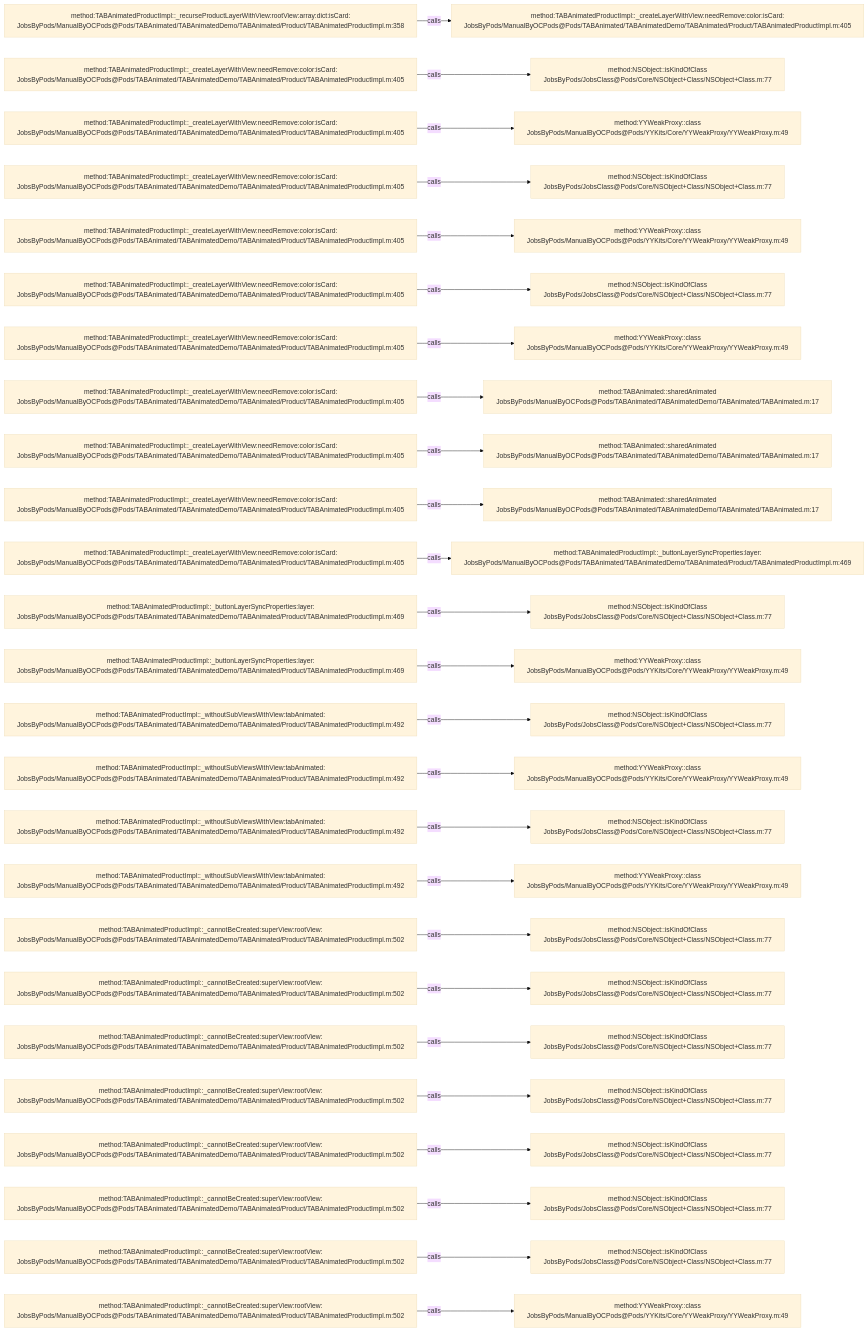
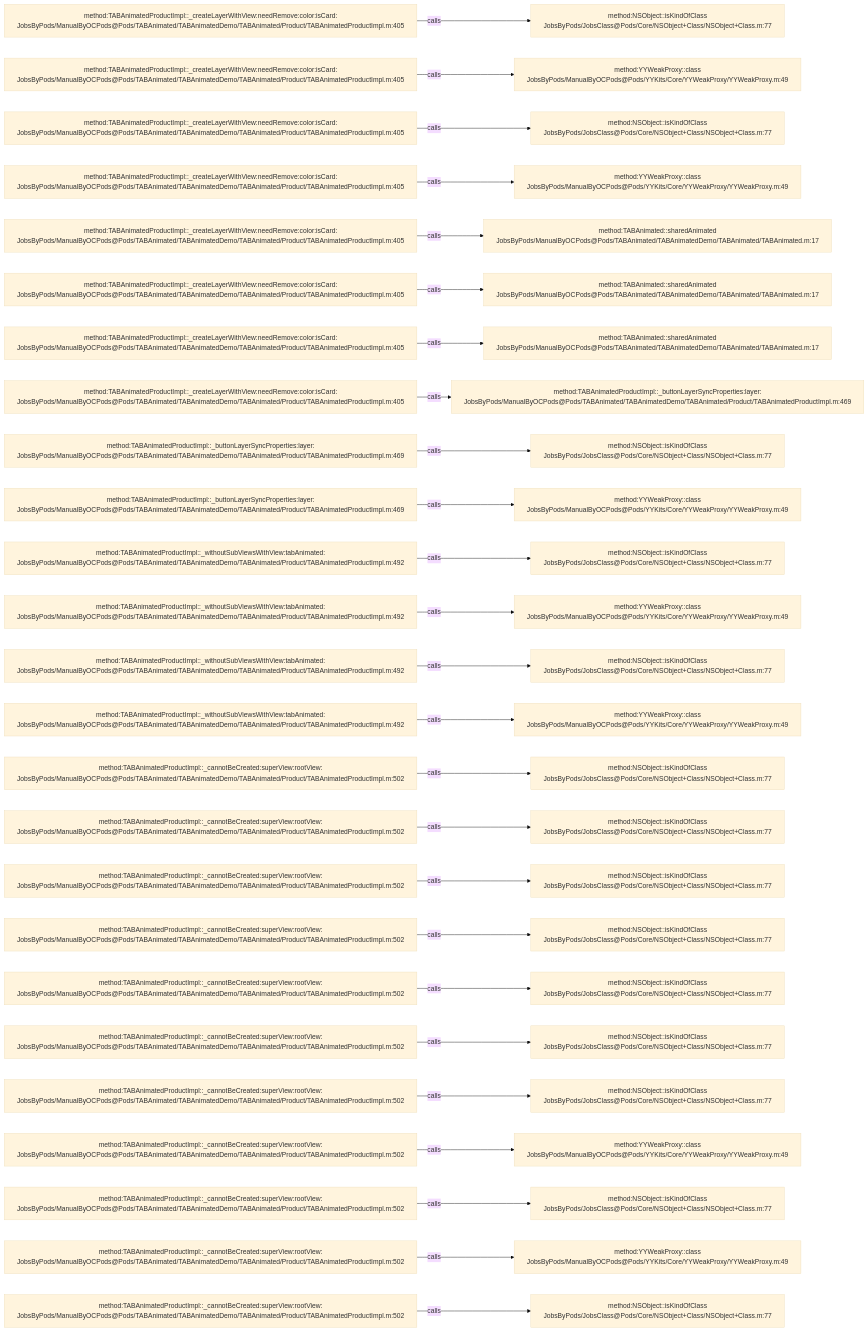
Before and after one commit to JobsKits/JobsOCBaseConfigDemo: the diagram in .codegraph/codegraph.md/graphs/calls-038.md, drawn with Mermaid (base theme). The commit also changed 342 other files, not shown here.

````diff
--- a/.codegraph/codegraph.md/graphs/calls-038.md
+++ b/.codegraph/codegraph.md/graphs/calls-038.md
@@ -13,78 +13,78 @@
 ```mermaid
 flowchart LR
-  S1["method:TABAnimatedProductImpl::_recurseProductLayerWithView:rootView:array:dict:isCard:<br/>JobsByPods/ManualByOCPods@Pods/TABAnimated/TABAnimatedDemo/TABAnimated/Product/TABAnimatedProductImpl.m:358"]
-  T1["method:TABAnimatedProductImpl::_createLayerWithView:needRemove:color:isCard:<br/>JobsByPods/ManualByOCPods@Pods/TABAnimated/TABAnimatedDemo/TABAnimated/Product/TABAnimatedProductImpl.m:405"]
+  S1["method:TABAnimatedProductImpl::_createLayerWithView:needRemove:color:isCard:<br/>JobsByPods/ManualByOCPods@Pods/TABAnimated/TABAnimatedDemo/TABAnimated/Product/TABAnimatedProductImpl.m:405"]
+  T1["method:NSObject::isKindOfClass<br/>JobsByPods/JobsClass@Pods/Core/NSObject+Class/NSObject+Class.m:77"]
   S1 -->|calls| T1
   S2["method:TABAnimatedProductImpl::_createLayerWithView:needRemove:color:isCard:<br/>JobsByPods/ManualByOCPods@Pods/TABAnimated/TABAnimatedDemo/TABAnimated/Product/TABAnimatedProductImpl.m:405"]
-  T2["method:NSObject::isKindOfClass<br/>JobsByPods/JobsClass@Pods/Core/NSObject+Class/NSObject+Class.m:77"]
+  T2["method:YYWeakProxy::class<br/>JobsByPods/ManualByOCPods@Pods/YYKits/Core/YYWeakProxy/YYWeakProxy.m:49"]
   S2 -->|calls| T2
   S3["method:TABAnimatedProductImpl::_createLayerWithView:needRemove:color:isCard:<br/>JobsByPods/ManualByOCPods@Pods/TABAnimated/TABAnimatedDemo/TABAnimated/Product/TABAnimatedProductImpl.m:405"]
-  T3["method:YYWeakProxy::class<br/>JobsByPods/ManualByOCPods@Pods/YYKits/Core/YYWeakProxy/YYWeakProxy.m:49"]
+  T3["method:NSObject::isKindOfClass<br/>JobsByPods/JobsClass@Pods/Core/NSObject+Class/NSObject+Class.m:77"]
   S3 -->|calls| T3
   S4["method:TABAnimatedProductImpl::_createLayerWithView:needRemove:color:isCard:<br/>JobsByPods/ManualByOCPods@Pods/TABAnimated/TABAnimatedDemo/TABAnimated/Product/TABAnimatedProductImpl.m:405"]
-  T4["method:NSObject::isKindOfClass<br/>JobsByPods/JobsClass@Pods/Core/NSObject+Class/NSObject+Class.m:77"]
+  T4["method:YYWeakProxy::class<br/>JobsByPods/ManualByOCPods@Pods/YYKits/Core/YYWeakProxy/YYWeakProxy.m:49"]
   S4 -->|calls| T4
   S5["method:TABAnimatedProductImpl::_createLayerWithView:needRemove:color:isCard:<br/>JobsByPods/ManualByOCPods@Pods/TABAnimated/TABAnimatedDemo/TABAnimated/Product/TABAnimatedProductImpl.m:405"]
-  T5["method:YYWeakProxy::class<br/>JobsByPods/ManualByOCPods@Pods/YYKits/Core/YYWeakProxy/YYWeakProxy.m:49"]
+  T5["method:TABAnimated::sharedAnimated<br/>JobsByPods/ManualByOCPods@Pods/TABAnimated/TABAnimatedDemo/TABAnimated/TABAnimated.m:17"]
   S5 -->|calls| T5
   S6["method:TABAnimatedProductImpl::_createLayerWithView:needRemove:color:isCard:<br/>JobsByPods/ManualByOCPods@Pods/TABAnimated/TABAnimatedDemo/TABAnimated/Product/TABAnimatedProductImpl.m:405"]
-  T6["method:NSObject::isKindOfClass<br/>JobsByPods/JobsClass@Pods/Core/NSObject+Class/NSObject+Class.m:77"]
+  T6["method:TABAnimated::sharedAnimated<br/>JobsByPods/ManualByOCPods@Pods/TABAnimated/TABAnimatedDemo/TABAnimated/TABAnimated.m:17"]
   S6 -->|calls| T6
   S7["method:TABAnimatedProductImpl::_createLayerWithView:needRemove:color:isCard:<br/>JobsByPods/ManualByOCPods@Pods/TABAnimated/TABAnimatedDemo/TABAnimated/Product/TABAnimatedProductImpl.m:405"]
-  T7["method:YYWeakProxy::class<br/>JobsByPods/ManualByOCPods@Pods/YYKits/Core/YYWeakProxy/YYWeakProxy.m:49"]
+  T7["method:TABAnimated::sharedAnimated<br/>JobsByPods/ManualByOCPods@Pods/TABAnimated/TABAnimatedDemo/TABAnimated/TABAnimated.m:17"]
   S7 -->|calls| T7
   S8["method:TABAnimatedProductImpl::_createLayerWithView:needRemove:color:isCard:<br/>JobsByPods/ManualByOCPods@Pods/TABAnimated/TABAnimatedDemo/TABAnimated/Product/TABAnimatedProductImpl.m:405"]
-  T8["method:TABAnimated::sharedAnimated<br/>JobsByPods/ManualByOCPods@Pods/TABAnimated/TABAnimatedDemo/TABAnimated/TABAnimated.m:17"]
+  T8["method:TABAnimatedProductImpl::_buttonLayerSyncProperties:layer:<br/>JobsByPods/ManualByOCPods@Pods/TABAnimated/TABAnimatedDemo/TABAnimated/Product/TABAnimatedProductImpl.m:469"]
   S8 -->|calls| T8
-  S9["method:TABAnimatedProductImpl::_createLayerWithView:needRemove:color:isCard:<br/>JobsByPods/ManualByOCPods@Pods/TABAnimated/TABAnimatedDemo/TABAnimated/Product/TABAnimatedProductImpl.m:405"]
-  T9["method:TABAnimated::sharedAnimated<br/>JobsByPods/ManualByOCPods@Pods/TABAnimated/TABAnimatedDemo/TABAnimated/TABAnimated.m:17"]
+  S9["method:TABAnimatedProductImpl::_buttonLayerSyncProperties:layer:<br/>JobsByPods/ManualByOCPods@Pods/TABAnimated/TABAnimatedDemo/TABAnimated/Product/TABAnimatedProductImpl.m:469"]
+  T9["method:NSObject::isKindOfClass<br/>JobsByPods/JobsClass@Pods/Core/NSObject+Class/NSObject+Class.m:77"]
   S9 -->|calls| T9
-  S10["method:TABAnimatedProductImpl::_createLayerWithView:needRemove:color:isCard:<br/>JobsByPods/ManualByOCPods@Pods/TABAnimated/TABAnimatedDemo/TABAnimated/Product/TABAnimatedProductImpl.m:405"]
-  T10["method:TABAnimated::sharedAnimated<br/>JobsByPods/ManualByOCPods@Pods/TABAnimated/TABAnimatedDemo/TABAnimated/TABAnimated.m:17"]
+  S10["method:TABAnimatedProductImpl::_buttonLayerSyncProperties:layer:<br/>JobsByPods/ManualByOCPods@Pods/TABAnimated/TABAnimatedDemo/TABAnimated/Product/TABAnimatedProductImpl.m:469"]
+  T10["method:YYWeakProxy::class<br/>JobsByPods/ManualByOCPods@Pods/YYKits/Core/YYWeakProxy/YYWeakProxy.m:49"]
   S10 -->|calls| T10
-  S11["method:TABAnimatedProductImpl::_createLayerWithView:needRemove:color:isCard:<br/>JobsByPods/ManualByOCPods@Pods/TABAnimated/TABAnimatedDemo/TABAnimated/Product/TABAnimatedProductImpl.m:405"]
-  T11["method:TABAnimatedProductImpl::_buttonLayerSyncProperties:layer:<br/>JobsByPods/ManualByOCPods@Pods/TABAnimated/TABAnimatedDemo/TABAnimated/Product/TABAnimatedProductImpl.m:469"]
+  S11["method:TABAnimatedProductImpl::_withoutSubViewsWithView:tabAnimated:<br/>JobsByPods/ManualByOCPods@Pods/TABAnimated/TABAnimatedDemo/TABAnimated/Product/TABAnimatedProductImpl.m:492"]
+  T11["method:NSObject::isKindOfClass<br/>JobsByPods/JobsClass@Pods/Core/NSObject+Class/NSObject+Class.m:77"]
   S11 -->|calls| T11
-  S12["method:TABAnimatedProductImpl::_buttonLayerSyncProperties:layer:<br/>JobsByPods/ManualByOCPods@Pods/TABAnimated/TABAnimatedDemo/TABAnimated/Product/TABAnimatedProductImpl.m:469"]
-  T12["method:NSObject::isKindOfClass<br/>JobsByPods/JobsClass@Pods/Core/NSObject+Class/NSObject+Class.m:77"]
+  S12["method:TABAnimatedProductImpl::_withoutSubViewsWithView:tabAnimated:<br/>JobsByPods/ManualByOCPods@Pods/TABAnimated/TABAnimatedDemo/TABAnimated/Product/TABAnimatedProductImpl.m:492"]
+  T12["method:YYWeakProxy::class<br/>JobsByPods/ManualByOCPods@Pods/YYKits/Core/YYWeakProxy/YYWeakProxy.m:49"]
   S12 -->|calls| T12
-  S13["method:TABAnimatedProductImpl::_buttonLayerSyncProperties:layer:<br/>JobsByPods/ManualByOCPods@Pods/TABAnimated/TABAnimatedDemo/TABAnimated/Product/TABAnimatedProductImpl.m:469"]
-  T13["method:YYWeakProxy::class<br/>JobsByPods/ManualByOCPods@Pods/YYKits/Core/YYWeakProxy/YYWeakProxy.m:49"]
+  S13["method:TABAnimatedProductImpl::_withoutSubViewsWithView:tabAnimated:<br/>JobsByPods/ManualByOCPods@Pods/TABAnimated/TABAnimatedDemo/TABAnimated/Product/TABAnimatedProductImpl.m:492"]
+  T13["method:NSObject::isKindOfClass<br/>JobsByPods/JobsClass@Pods/Core/NSObject+Class/NSObject+Class.m:77"]
   S13 -->|calls| T13
   S14["method:TABAnimatedProductImpl::_withoutSubViewsWithView:tabAnimated:<br/>JobsByPods/ManualByOCPods@Pods/TABAnimated/TABAnimatedDemo/TABAnimated/Product/TABAnimatedProductImpl.m:492"]
-  T14["method:NSObject::isKindOfClass<br/>JobsByPods/JobsClass@Pods/Core/NSObject+Class/NSObject+Class.m:77"]
+  T14["method:YYWeakProxy::class<br/>JobsByPods/ManualByOCPods@Pods/YYKits/Core/YYWeakProxy/YYWeakProxy.m:49"]
   S14 -->|calls| T14
-  S15["method:TABAnimatedProductImpl::_withoutSubViewsWithView:tabAnimated:<br/>JobsByPods/ManualByOCPods@Pods/TABAnimated/TABAnimatedDemo/TABAnimated/Product/TABAnimatedProductImpl.m:492"]
-  T15["method:YYWeakProxy::class<br/>JobsByPods/ManualByOCPods@Pods/YYKits/Core/YYWeakProxy/YYWeakProxy.m:49"]
+  S15["method:TABAnimatedProductImpl::_cannotBeCreated:superView:rootView:<br/>JobsByPods/ManualByOCPods@Pods/TABAnimated/TABAnimatedDemo/TABAnimated/Product/TABAnimatedProductImpl.m:502"]
+  T15["method:NSObject::isKindOfClass<br/>JobsByPods/JobsClass@Pods/Core/NSObject+Class/NSObject+Class.m:77"]
   S15 -->|calls| T15
-  S16["method:TABAnimatedProductImpl::_withoutSubViewsWithView:tabAnimated:<br/>JobsByPods/ManualByOCPods@Pods/TABAnimated/TABAnimatedDemo/TABAnimated/Product/TABAnimatedProductImpl.m:492"]
+  S16["method:TABAnimatedProductImpl::_cannotBeCreated:superView:rootView:<br/>JobsByPods/ManualByOCPods@Pods/TABAnimated/TABAnimatedDemo/TABAnimated/Product/TABAnimatedProductImpl.m:502"]
   T16["method:NSObject::isKindOfClass<br/>JobsByPods/JobsClass@Pods/Core/NSObject+Class/NSObject+Class.m:77"]
   S16 -->|calls| T16
-  S17["method:TABAnimatedProductImpl::_withoutSubViewsWithView:tabAnimated:<br/>JobsByPods/ManualByOCPods@Pods/TABAnimated/TABAnimatedDemo/TABAnimated/Product/TABAnimatedProductImpl.m:492"]
-  T17["method:YYWeakProxy::class<br/>JobsByPods/ManualByOCPods@Pods/YYKits/Core/YYWeakProxy/YYWeakProxy.m:49"]
+  S17["method:TABAnimatedProductImpl::_cannotBeCreated:superView:rootView:<br/>JobsByPods/ManualByOCPods@Pods/TABAnimated/TABAnimatedDemo/TABAnimated/Product/TABAnimatedProductImpl.m:502"]
+  T17["method:NSObject::isKindOfClass<br/>JobsByPods/JobsClass@Pods/Core/NSObject+Class/NSObject+Class.m:77"]
   S17 -->|calls| T17
   S18["method:TABAnimatedProductImpl::_cannotBeCreated:superView:rootView:<br/>JobsByPods/ManualByOCPods@Pods/TABAnimated/TABAnimatedDemo/TABAnimated/Product/TABAnimatedProductImpl.m:502"]
   T18["method:NSObject::isKindOfClass<br/>JobsByPods/JobsClass@Pods/Core/NSObject+Class/NSObject+Class.m:77"]
   S18 -->|calls| T18
   S19["method:TABAnimatedProductImpl::_cannotBeCreated:superView:rootView:<br/>JobsByPods/ManualByOCPods@Pods/TABAnimated/TABAnimatedDemo/TABAnimated/Product/TABAnimatedProductImpl.m:502"]
   T19["method:NSObject::isKindOfClass<br/>JobsByPods/JobsClass@Pods/Core/NSObject+Class/NSObject+Class.m:77"]
   S19 -->|calls| T19
   S20["method:TABAnimatedProductImpl::_cannotBeCreated:superView:rootView:<br/>JobsByPods/ManualByOCPods@Pods/TABAnimated/TABAnimatedDemo/TABAnimated/Product/TABAnimatedProductImpl.m:502"]
   T20["method:NSObject::isKindOfClass<br/>JobsByPods/JobsClass@Pods/Core/NSObject+Class/NSObject+Class.m:77"]
   S20 -->|calls| T20
   S21["method:TABAnimatedProductImpl::_cannotBeCreated:superView:rootView:<br/>JobsByPods/ManualByOCPods@Pods/TABAnimated/TABAnimatedDemo/TABAnimated/Product/TABAnimatedProductImpl.m:502"]
   T21["method:NSObject::isKindOfClass<br/>JobsByPods/JobsClass@Pods/Core/NSObject+Class/NSObject+Class.m:77"]
   S21 -->|calls| T21
   S22["method:TABAnimatedProductImpl::_cannotBeCreated:superView:rootView:<br/>JobsByPods/ManualByOCPods@Pods/TABAnimated/TABAnimatedDemo/TABAnimated/Product/TABAnimatedProductImpl.m:502"]
-  T22["method:NSObject::isKindOfClass<br/>JobsByPods/JobsClass@Pods/Core/NSObject+Class/NSObject+Class.m:77"]
+  T22["method:YYWeakProxy::class<br/>JobsByPods/ManualByOCPods@Pods/YYKits/Core/YYWeakProxy/YYWeakProxy.m:49"]
   S22 -->|calls| T22
   S23["method:TABAnimatedProductImpl::_cannotBeCreated:superView:rootView:<br/>JobsByPods/ManualByOCPods@Pods/TABAnimated/TABAnimatedDemo/TABAnimated/Product/TABAnimatedProductImpl.m:502"]
   T23["method:NSObject::isKindOfClass<br/>JobsByPods/JobsClass@Pods/Core/NSObject+Class/NSObject+Class.m:77"]
   S23 -->|calls| T23
   S24["method:TABAnimatedProductImpl::_cannotBeCreated:superView:rootView:<br/>JobsByPods/ManualByOCPods@Pods/TABAnimated/TABAnimatedDemo/TABAnimated/Product/TABAnimatedProductImpl.m:502"]
-  T24["method:NSObject::isKindOfClass<br/>JobsByPods/JobsClass@Pods/Core/NSObject+Class/NSObject+Class.m:77"]
+  T24["method:YYWeakProxy::class<br/>JobsByPods/ManualByOCPods@Pods/YYKits/Core/YYWeakProxy/YYWeakProxy.m:49"]
   S24 -->|calls| T24
   S25["method:TABAnimatedProductImpl::_cannotBeCreated:superView:rootView:<br/>JobsByPods/ManualByOCPods@Pods/TABAnimated/TABAnimatedDemo/TABAnimated/Product/TABAnimatedProductImpl.m:502"]
-  T25["method:YYWeakProxy::class<br/>JobsByPods/ManualByOCPods@Pods/YYKits/Core/YYWeakProxy/YYWeakProxy.m:49"]
+  T25["method:NSObject::isKindOfClass<br/>JobsByPods/JobsClass@Pods/Core/NSObject+Class/NSObject+Class.m:77"]
   S25 -->|calls| T25
 ```
````
